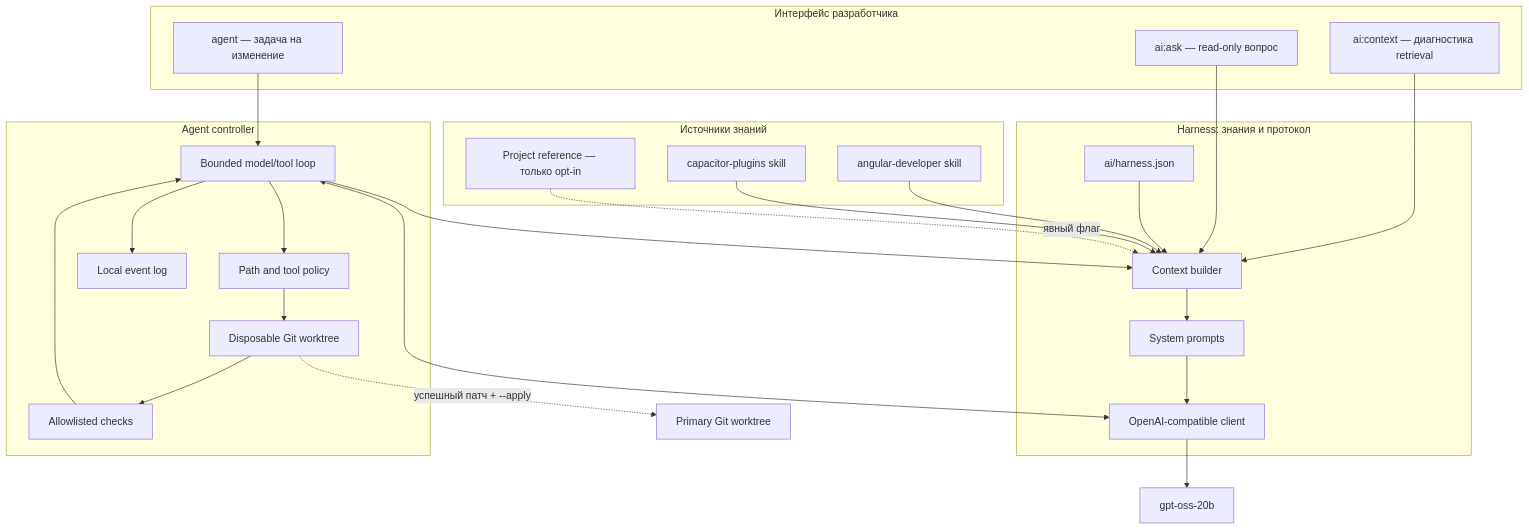
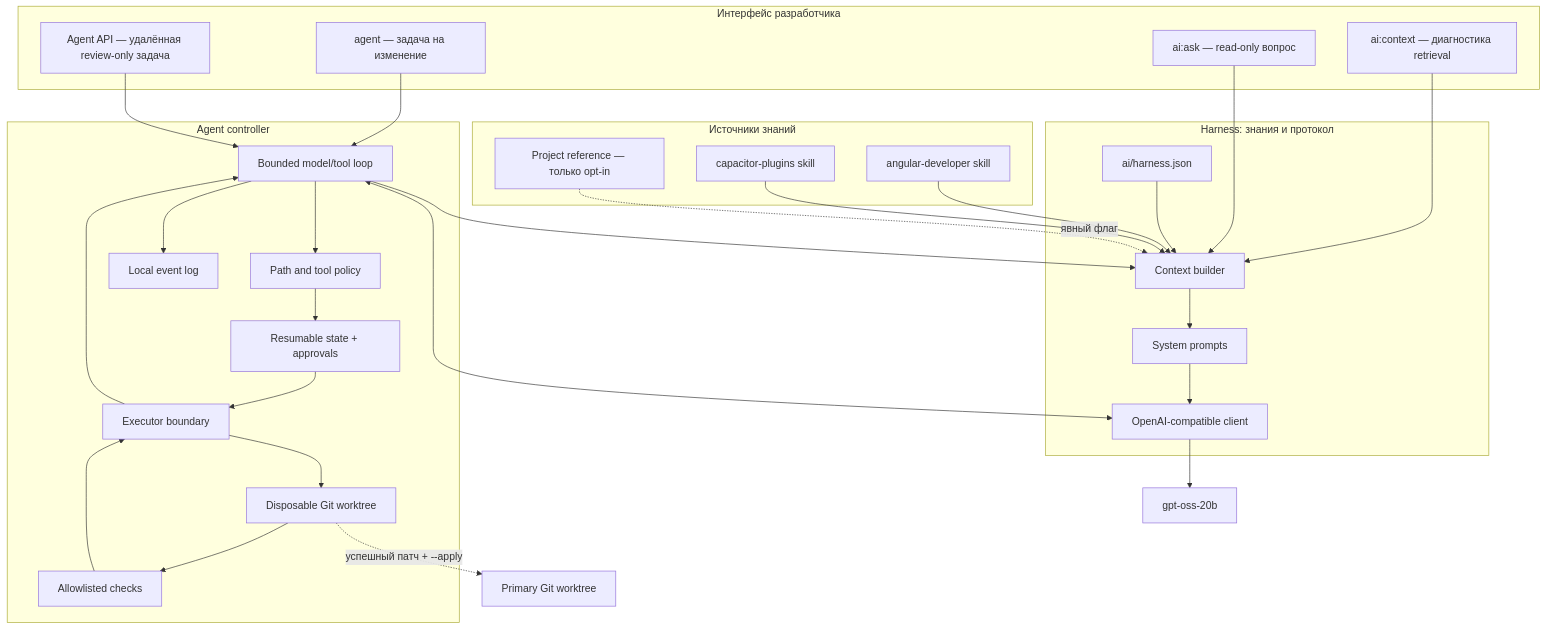
One commit to Vlodzimej/iona changed the first of 4 diagrams in docs/architecture.md. Above: the diagram before and after it, drawn with Mermaid. The commit also changed other lines of this file and 41 other files, not shown here.

````diff
--- a/docs/architecture.md
+++ b/docs/architecture.md
@@ -9,47 +9,51 @@
 ```mermaid
 flowchart TB
     subgraph UX["Интерфейс разработчика"]
         Q["ai:ask — read-only вопрос"]
         T["agent — задача на изменение"]
+        RA["Agent API — удалённая review-only задача"]
         C["ai:context — диагностика retrieval"]
     end
 
     subgraph H["Harness: знания и протокол"]
         CFG["ai/harness.json"]
         R["Context builder"]
         P["System prompts"]
         API["OpenAI-compatible client"]
     end
 
     subgraph K["Источники знаний"]
         AS["angular-developer skill"]
         CS["capacitor-plugins skill"]
         PR["Project reference — только opt-in"]
     end
 
     subgraph AR["Agent controller"]
         LOOP["Bounded model/tool loop"]
         POL["Path and tool policy"]
         WT["Disposable Git worktree"]
         CH["Allowlisted checks"]
         LOG["Local event log"]
+        ST["Resumable state + approvals"]
+        EX["Executor boundary"]
     end
 
     LM["gpt-oss-20b"]
     MAIN["Primary Git worktree"]
 
     C --> R
     Q --> R
     T --> LOOP
+    RA --> LOOP
     CFG --> R
     AS --> R
     CS --> R
     PR -. "явный флаг" .-> R
     R --> P --> API --> LM
     LOOP --> R
     LOOP <--> API
-    LOOP --> POL --> WT
-    WT --> CH --> LOOP
+    LOOP --> POL --> ST --> EX --> WT
+    WT --> CH --> EX --> LOOP
     LOOP --> LOG
     WT -. "успешный патч + --apply" .-> MAIN
 ```
````
